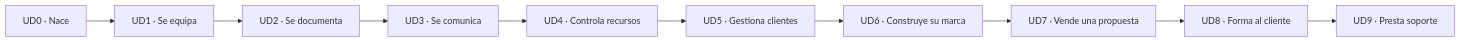
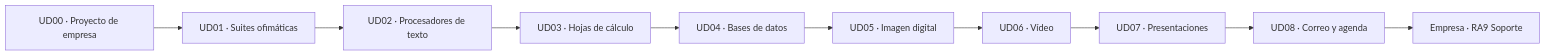
The diagram in docs/index.md (davidmolinafernadez/SMX_MEDIO_AOF), drawn with Mermaid before and after one commit. The commit also changed other lines of this file and 62 other files, not shown here.

````diff
--- a/docs/index.md
+++ b/docs/index.md
@@ -24,12 +24,12 @@
 ```mermaid
 flowchart LR
-  U0["UD0 · Nace"] --> U1["UD1 · Se equipa"]
-  U1 --> U2["UD2 · Se documenta"]
-  U2 --> U3["UD3 · Se comunica"]
-  U3 --> U4["UD4 · Controla recursos"]
-  U4 --> U5["UD5 · Gestiona clientes"]
-  U5 --> U6["UD6 · Construye su marca"]
-  U6 --> U7["UD7 · Vende una propuesta"]
-  U7 --> U8["UD8 · Forma al cliente"]
-  U8 --> U9["UD9 · Presta soporte"]
+  U0["UD00 · Proyecto de empresa"] --> U1["UD01 · Suites ofimáticas"]
+  U1 --> U2["UD02 · Procesadores de texto"]
+  U2 --> U3["UD03 · Hojas de cálculo"]
+  U3 --> U4["UD04 · Bases de datos"]
+  U4 --> U5["UD05 · Imagen digital"]
+  U5 --> U6["UD06 · Vídeo"]
+  U6 --> U7["UD07 · Presentaciones"]
+  U7 --> U8["UD08 · Correo y agenda"]
+  U8 --> U9["Empresa · RA9 Soporte"]
 ```
````
